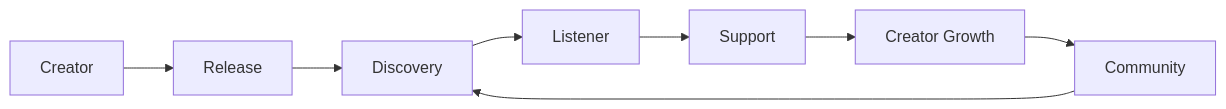
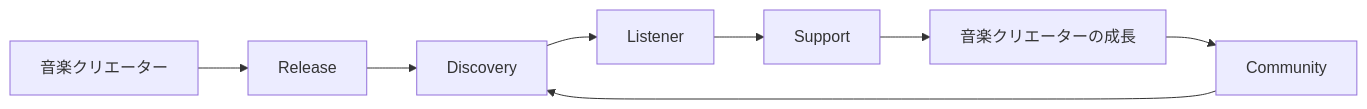
The first of 35 diagrams in docs/whitepaper/08-discovery-community.md (ShigeichiroYamasaki/creator-first-platform), drawn with Mermaid before and after one commit. The commit also changed other lines of this file and 67 other files, not shown here.

````diff
--- a/docs/whitepaper/08-discovery-community.md
+++ b/docs/whitepaper/08-discovery-community.md
@@ -33,15 +33,15 @@
 ```mermaid
 flowchart LR
-    CREATE[Creator]
+    CREATE[音楽クリエーター]
     RELEASE[Release]
     DISCOVER[Discovery]
     USER[Listener]
     SUPPORT[Support]
-    GROW[Creator Growth]
+    GROW[音楽クリエーターの成長]
     COMMUNITY[Community]
 
     CREATE --> RELEASE --> DISCOVER --> USER
     USER --> SUPPORT --> GROW
     GROW --> COMMUNITY
     COMMUNITY --> DISCOVER
 ```
````
